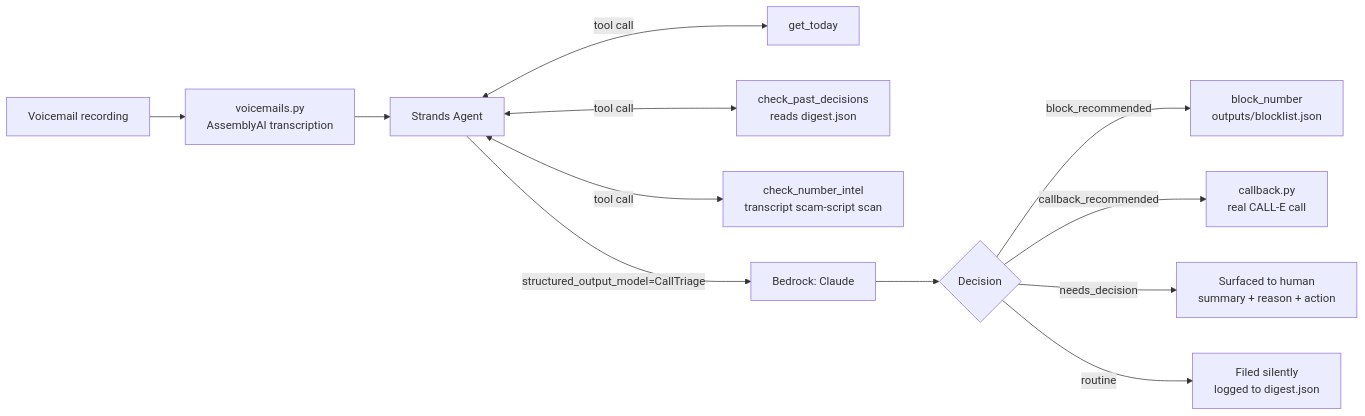
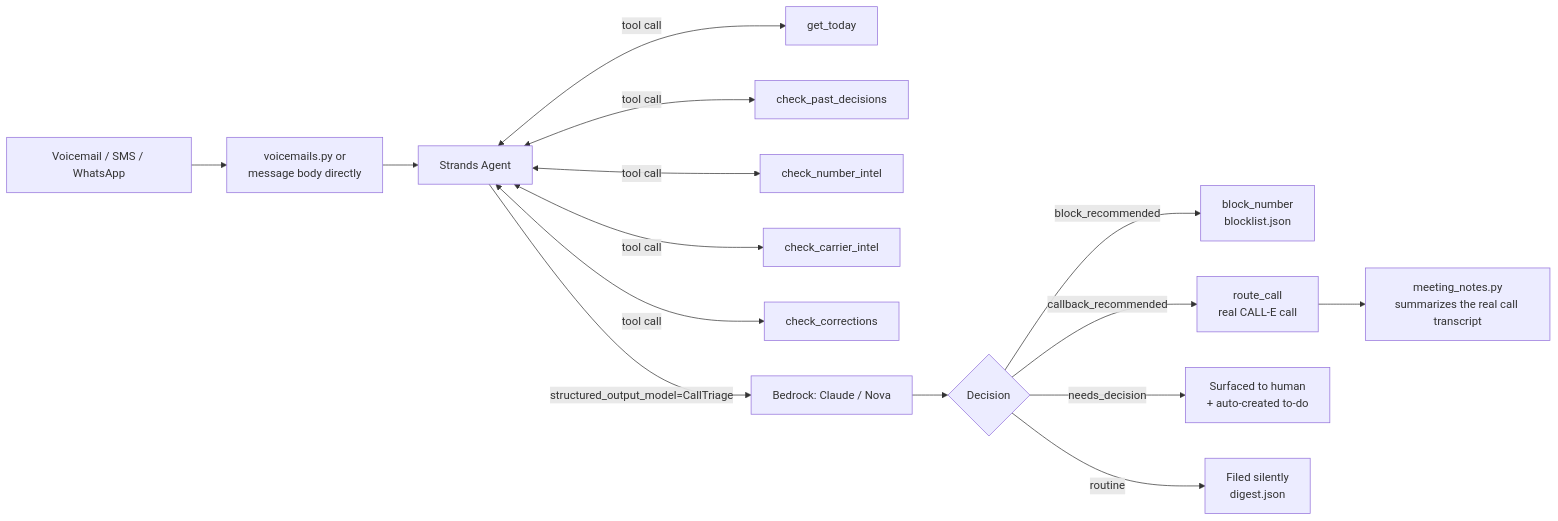
The first of 2 diagrams in README.md (axxess-triaxis/callismatic), drawn with Mermaid before and after one commit. The commit also changed other lines of this file, not shown here.

````diff
--- a/README.md
+++ b/README.md
@@ -56,16 +190,20 @@
 ```mermaid
 flowchart LR
-    A[Voicemail recording] --> B[voicemails.py<br/>AssemblyAI transcription]
+    A[Voicemail / SMS / WhatsApp] --> B[voicemails.py or\nmessage body directly]
     B --> C[Strands Agent]
 
     C <-->|tool call| D[get_today]
-    C <-->|tool call| E[check_past_decisions<br/>reads digest.json]
-    C <-->|tool call| F[check_number_intel<br/>transcript scam-script scan]
-    C -->|structured_output_model=CallTriage| G[Bedrock: Claude]
+    C <-->|tool call| E[check_past_decisions]
+    C <-->|tool call| F[check_number_intel]
+    C <-->|tool call| G[check_carrier_intel]
+    C <-->|tool call| H[check_corrections]
+    C -->|structured_output_model=CallTriage| I[Bedrock: Claude / Nova]
 
-    G --> H{Decision}
-    H -->|block_recommended| I[block_number<br/>outputs/blocklist.json]
-    H -->|callback_recommended| J[callback.py<br/>real CALL-E call]
-    H -->|needs_decision| K[Surfaced to human<br/>summary + reason + action]
-    H -->|routine| L[Filed silently<br/>logged to digest.json]
+    I --> J{Decision}
+    J -->|block_recommended| K[block_number<br/>blocklist.json]
+    J -->|callback_recommended| L[route_call<br/>real CALL-E call]
+    J -->|needs_decision| M[Surfaced to human<br/>+ auto-created to-do]
+    J -->|routine| N[Filed silently<br/>digest.json]
+
+    L --> O[meeting_notes.py<br/>summarizes the real call transcript]
 ```
````
